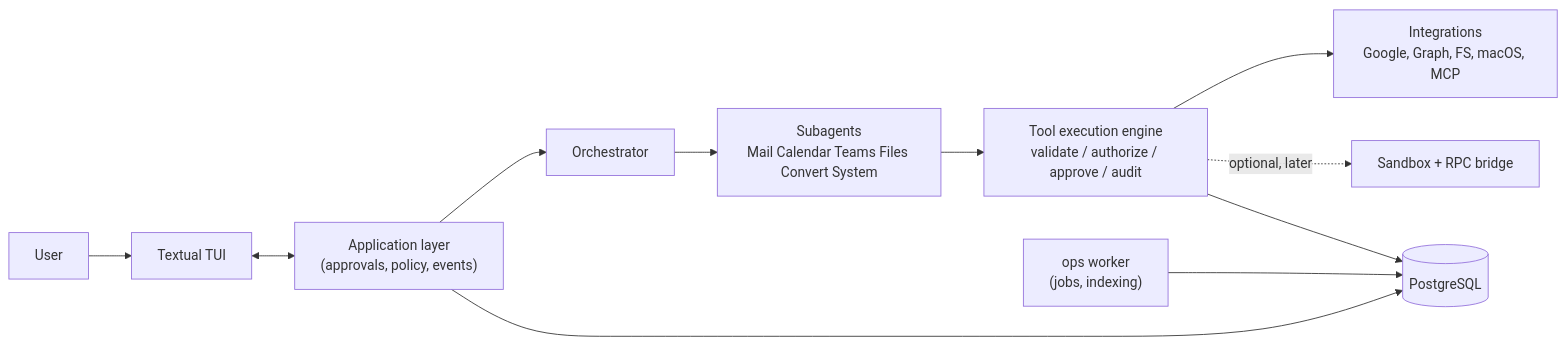
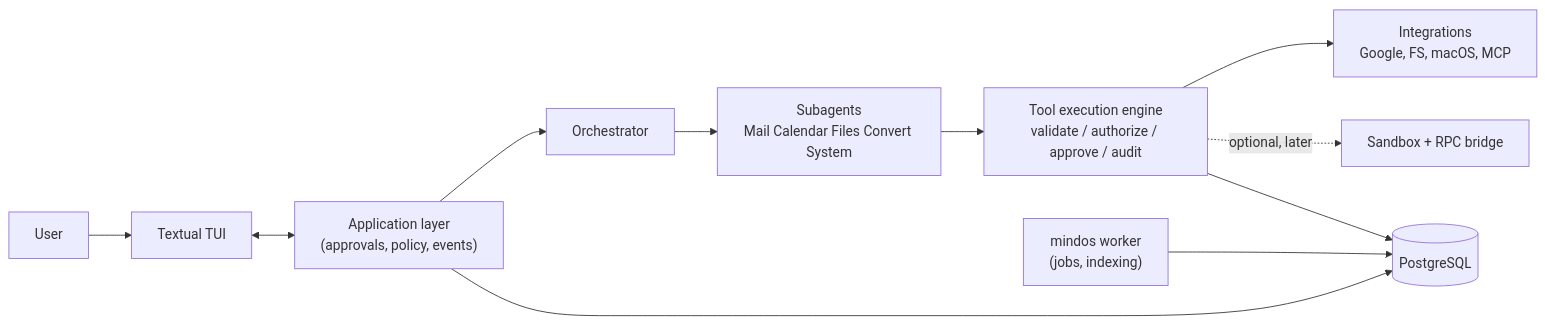
Before and after one commit to zerodaydream/mind_os: the diagram in docs/README.md, drawn with Mermaid. The commit also changed other lines of this file and 150 other files, not shown here.

````diff
--- a/docs/README.md
+++ b/docs/README.md
@@ -19,13 +19,13 @@
 ```mermaid
 flowchart LR
   U["User"] --> TUI["Textual TUI"]
   TUI <--> APP["Application layer\n(approvals, policy, events)"]
   APP --> ORCH["Orchestrator"]
-  ORCH --> SUB["Subagents\nMail Calendar Teams Files Convert System"]
+  ORCH --> SUB["Subagents\nMail Calendar Files Convert System"]
   SUB --> ENG["Tool execution engine\nvalidate / authorize / approve / audit"]
-  ENG --> INT["Integrations\nGoogle, Graph, FS, macOS, MCP"]
+  ENG --> INT["Integrations\nGoogle, FS, macOS, MCP"]
   ENG -. "optional, later" .-> SBX["Sandbox + RPC bridge"]
   APP --> PG[("PostgreSQL")]
   ENG --> PG
-  WRK["ops worker\n(jobs, indexing)"] --> PG
+  WRK["mindos worker\n(jobs, indexing)"] --> PG
 ```
````
